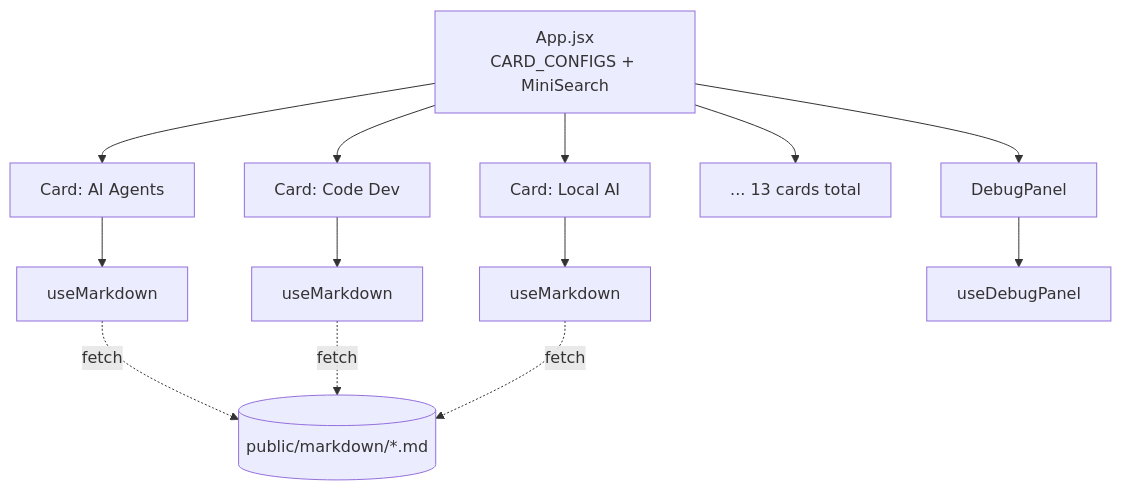
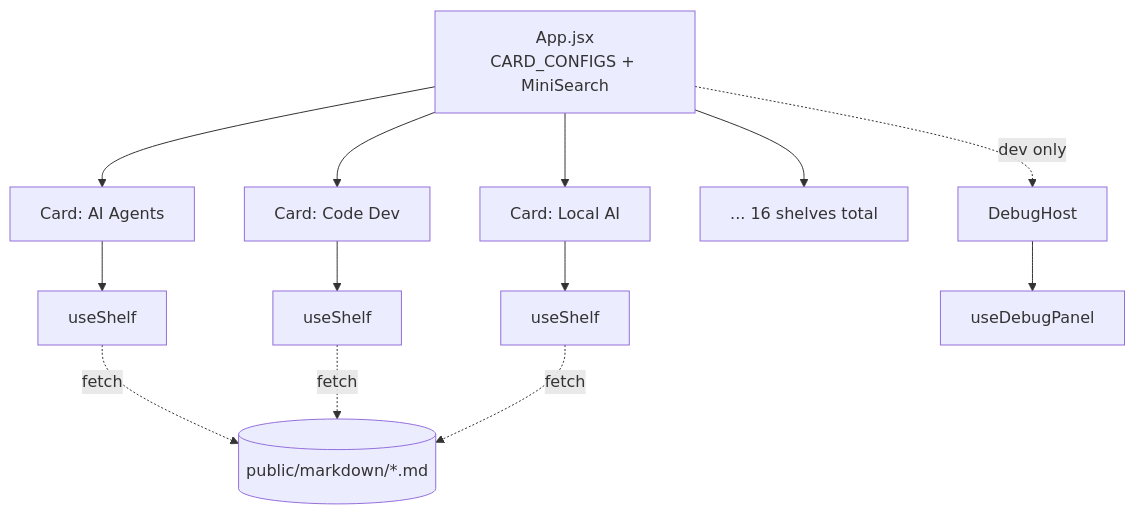
Before and after one commit to companionintelligence/CI-Spellbook: the second of 5 diagrams in architecture/architecture.md, drawn with Mermaid. The commit also changed other lines of this file and 42 other files, not shown here.

````diff
--- a/architecture/architecture.md
+++ b/architecture/architecture.md
@@ -48,15 +54,15 @@
 ```mermaid
 flowchart TD
     App[App.jsx<br/>CARD_CONFIGS + MiniSearch] --> Card1[Card: AI Agents]
     App --> Card2[Card: Code Dev]
     App --> Card3[Card: Local AI]
-    App --> CardN[... 13 cards total]
-    App --> Debug[DebugPanel]
-    Card1 --> UM1[useMarkdown]
-    Card2 --> UM2[useMarkdown]
-    Card3 --> UM3[useMarkdown]
+    App --> CardN[... 16 shelves total]
+    App -. dev only .-> Debug[DebugHost]
+    Card1 --> UM1[useShelf]
+    Card2 --> UM2[useShelf]
+    Card3 --> UM3[useShelf]
     UM1 -. fetch .-> MD[(public/markdown/*.md)]
     UM2 -. fetch .-> MD
     UM3 -. fetch .-> MD
     Debug --> UDP[useDebugPanel]
 ```
````
